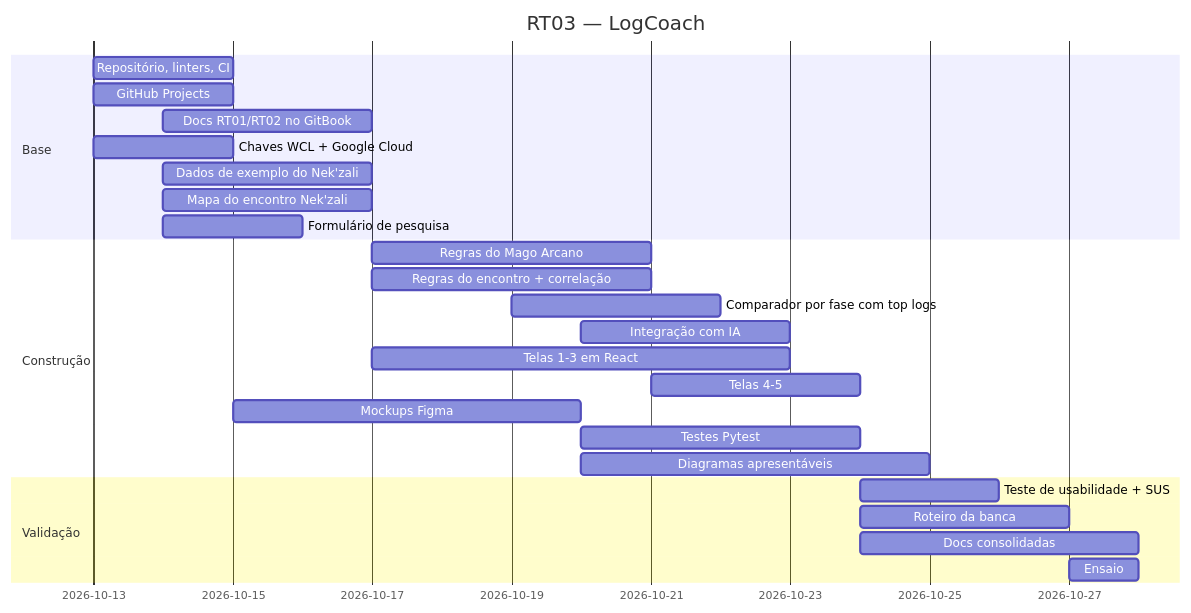
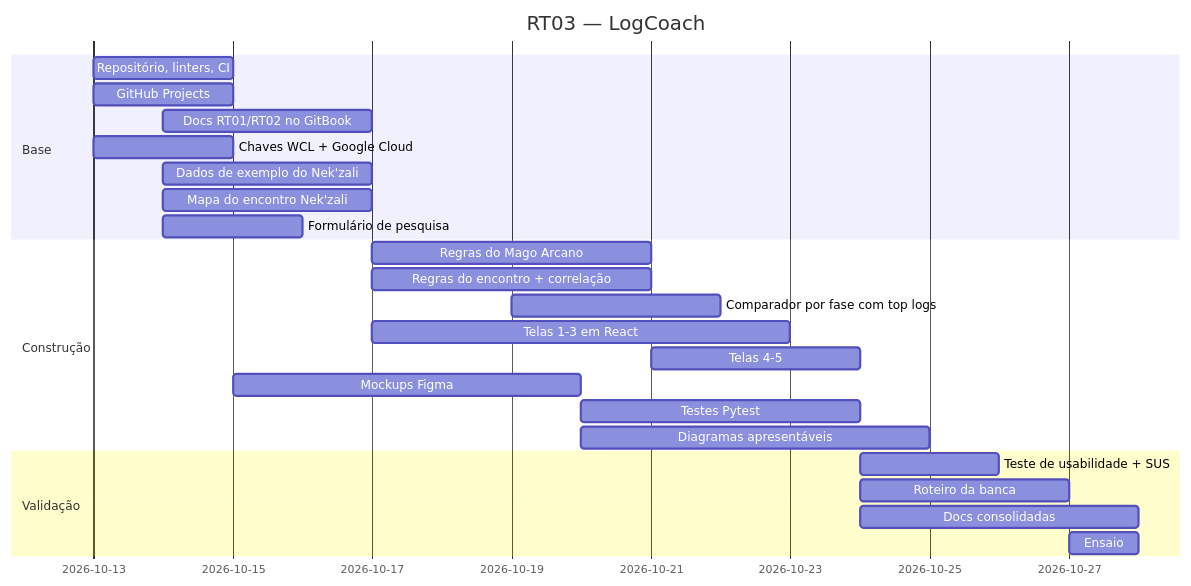
Before and after one commit to jp4inbr/LogCoach: the diagram in docs/06-planejamento-de-tarefas.md, drawn with Mermaid. The commit also changed other lines of this file and 15 other files, not shown here.

````diff
--- a/docs/06-planejamento-de-tarefas.md
+++ b/docs/06-planejamento-de-tarefas.md
@@ -39,28 +39,27 @@
 ```mermaid
 gantt
     dateFormat  YYYY-MM-DD
     title RT03 — LogCoach
     section Base
     Repositório, linters, CI          :2026-10-13, 2d
     GitHub Projects                   :2026-10-13, 2d
     Docs RT01/RT02 no GitBook         :2026-10-14, 3d
     Chaves WCL + Google Cloud         :2026-10-13, 2d
     Dados de exemplo do Nek'zali      :2026-10-14, 3d
     Mapa do encontro Nek'zali         :2026-10-14, 3d
     Formulário de pesquisa            :2026-10-14, 2d
     section Construção
     Regras do Mago Arcano             :2026-10-17, 4d
     Regras do encontro + correlação   :2026-10-17, 4d
     Comparador por fase com top logs  :2026-10-19, 3d
-    Integração com IA                 :2026-10-20, 3d
     Telas 1-3 em React                :2026-10-17, 6d
     Telas 4-5                         :2026-10-21, 3d
     Mockups Figma                     :2026-10-15, 5d
     Testes Pytest                     :2026-10-20, 4d
     Diagramas apresentáveis           :2026-10-20, 5d
     section Validação
     Teste de usabilidade + SUS        :2026-10-24, 2d
     Roteiro da banca                  :2026-10-24, 3d
     Docs consolidadas                 :2026-10-24, 4d
     Ensaio                            :2026-10-27, 1d
 ```
````
